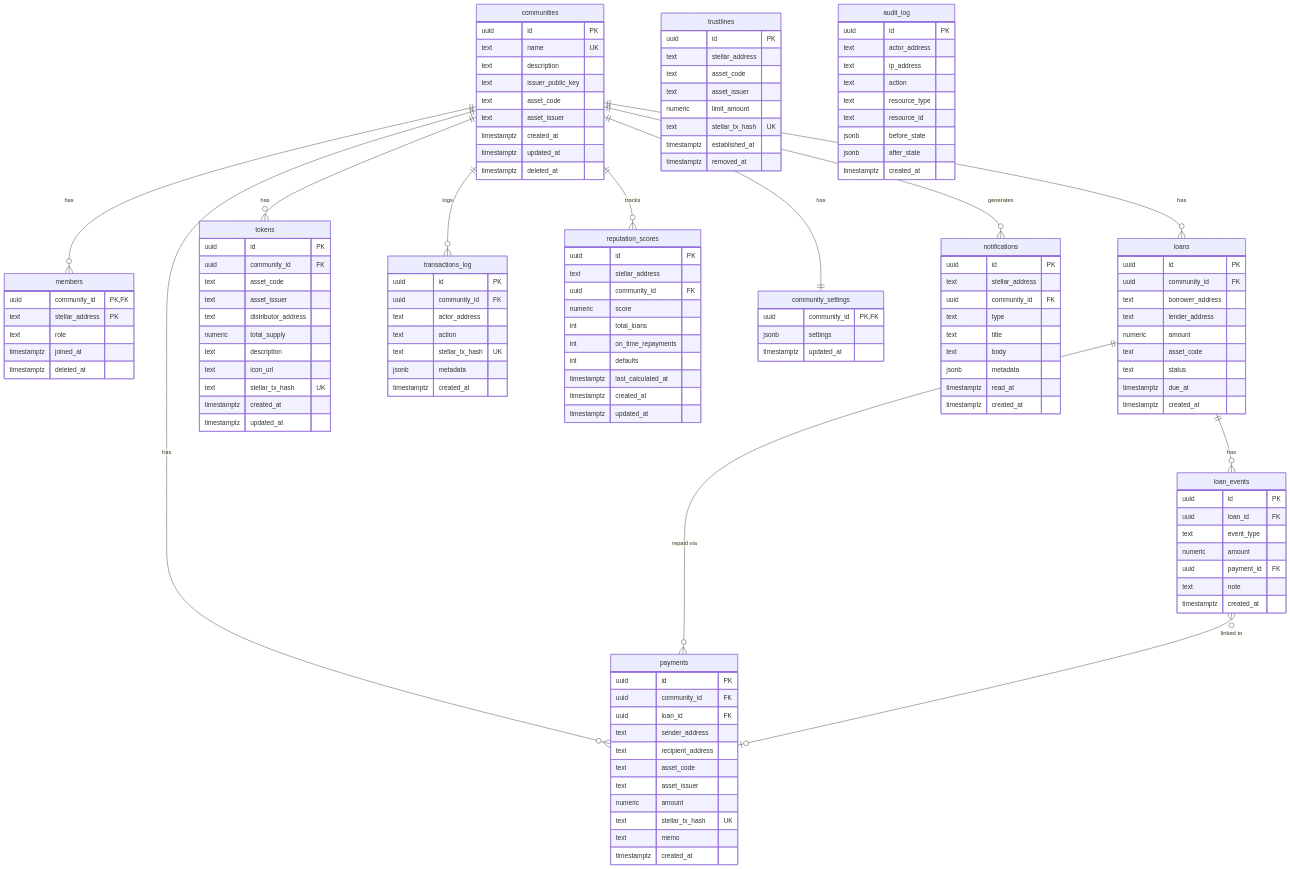
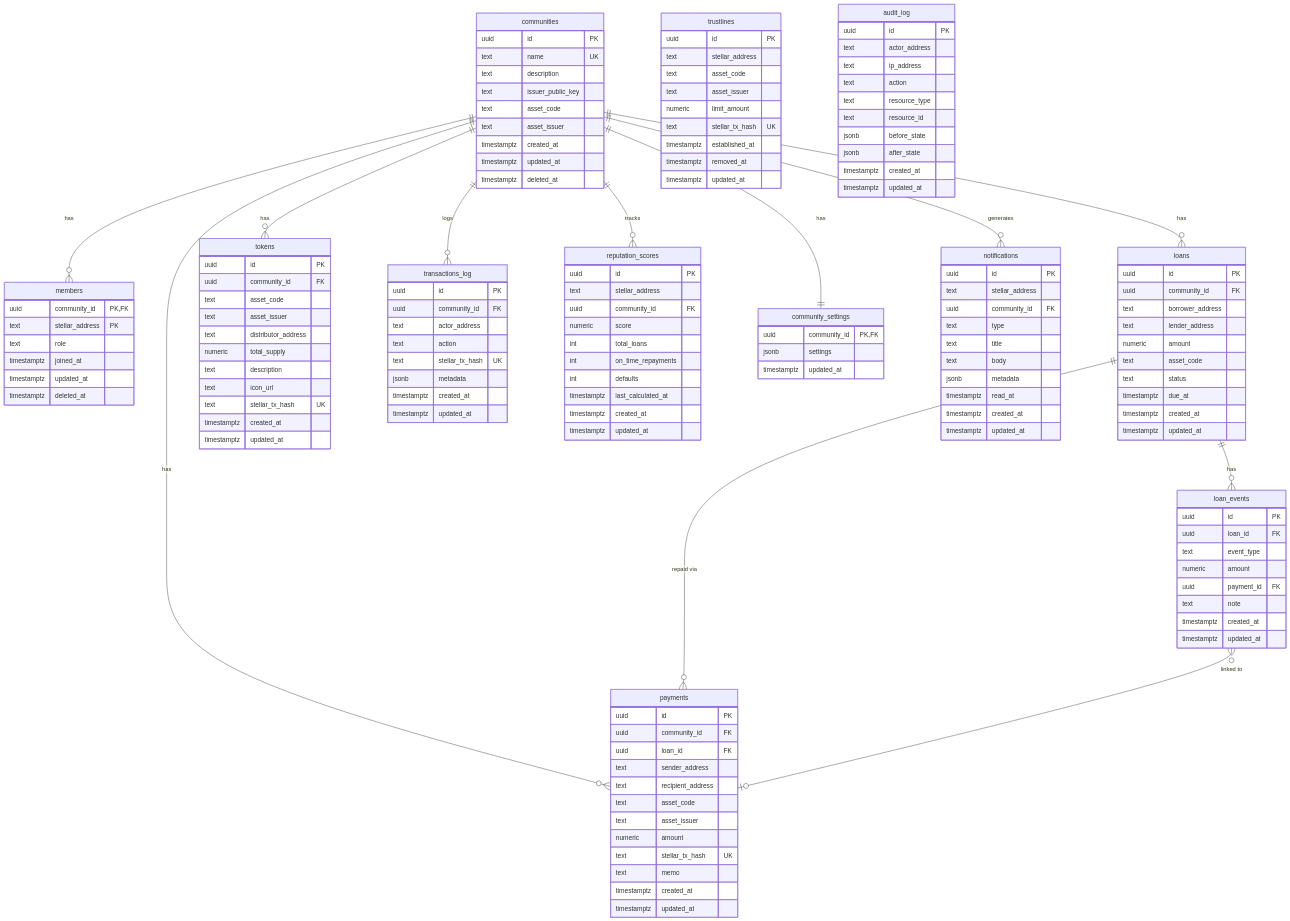
One commit to BigNathan1/CoopLumen changed the diagram in docs/database.md. Above: the diagram before and after it, drawn with Mermaid. The commit also changed other lines of this file and 3 other files, not shown here.

```diff
--- a/docs/database.md
+++ b/docs/database.md
@@ -25,6 +25,7 @@
     text stellar_address PK
     text role
     timestamptz joined_at
+    timestamptz updated_at
     timestamptz deleted_at
   }
 
@@ -38,6 +39,7 @@
     text status
     timestamptz due_at
     timestamptz created_at
+    timestamptz updated_at
   }
 
   payments {
@@ -52,6 +54,7 @@
     text stellar_tx_hash UK
     text memo
     timestamptz created_at
+    timestamptz updated_at
   }
 
   trustlines {
@@ -63,6 +66,7 @@
     text stellar_tx_hash UK
     timestamptz established_at
     timestamptz removed_at
+    timestamptz updated_at
   }
 
   loan_events {
@@ -73,6 +77,7 @@
     uuid payment_id FK
     text note
     timestamptz created_at
+    timestamptz updated_at
   }
 
   tokens {
@@ -97,6 +102,7 @@
     text stellar_tx_hash UK
     jsonb metadata
     timestamptz created_at
+    timestamptz updated_at
   }
 
   reputation_scores {
@@ -128,6 +134,7 @@
     jsonb metadata
     timestamptz read_at
     timestamptz created_at
+    timestamptz updated_at
   }
 
   audit_log {
@@ -140,6 +147,7 @@
     jsonb before_state
     jsonb after_state
     timestamptz created_at
+    timestamptz updated_at
   }
 
   communities ||--o{ members : "has"
```
